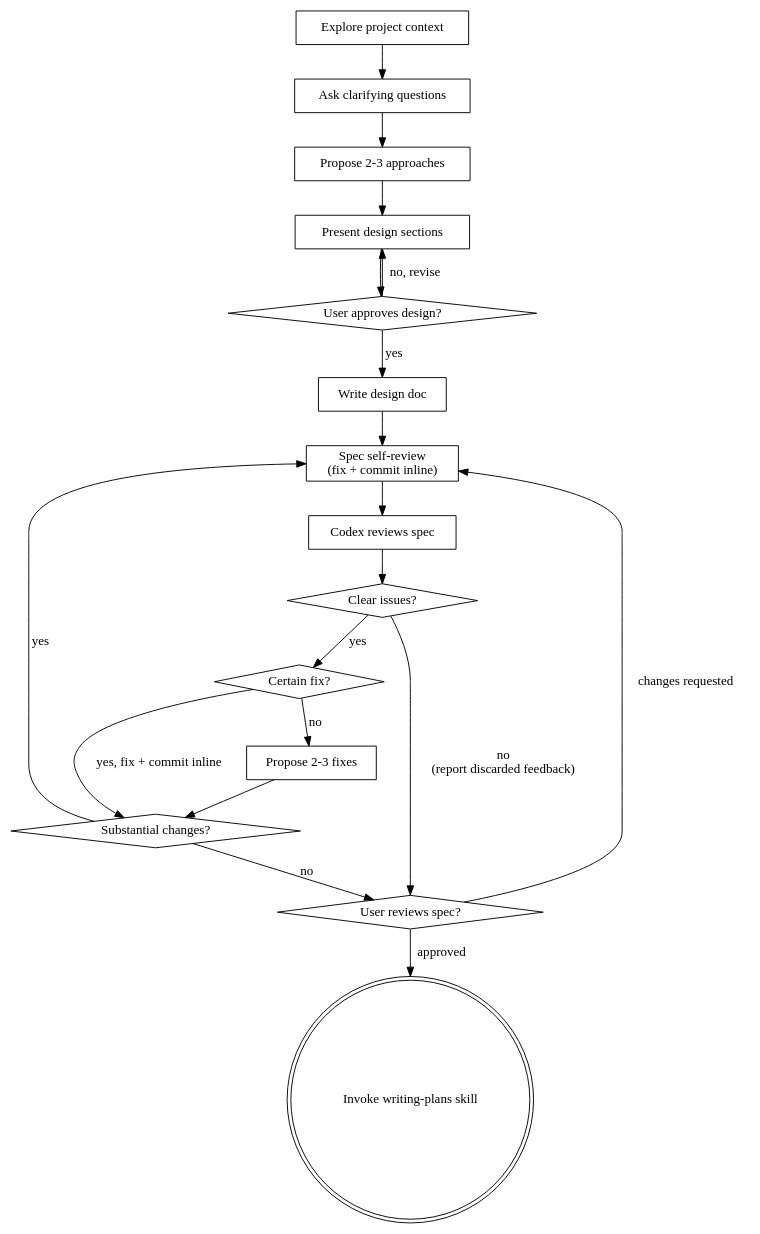
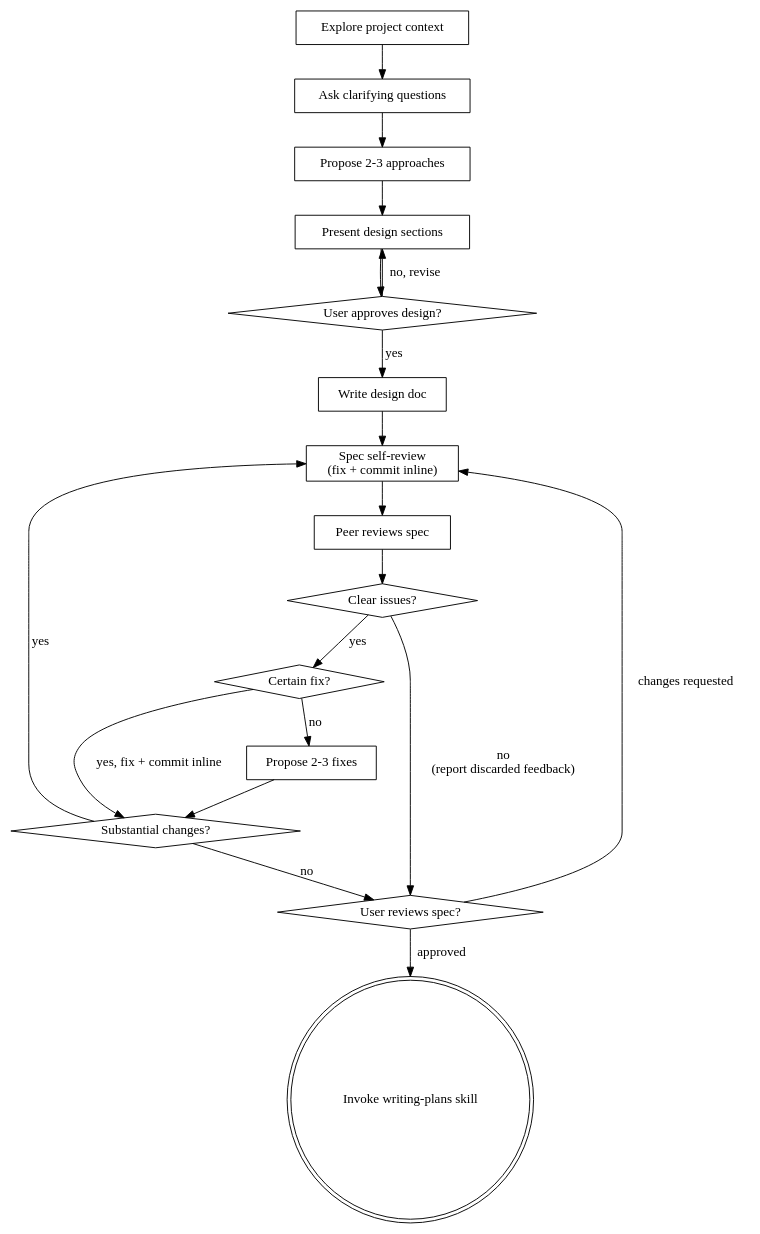
Before and after one commit to fschwiet/honist-v: the diagram in plugin/skills/brainstorming/SKILL.md, drawn with Graphviz. The commit also changed other lines of this file and 3 other files, not shown here.

````diff
--- a/plugin/skills/brainstorming/SKILL.md
+++ b/plugin/skills/brainstorming/SKILL.md
@@ -37,37 +37,37 @@
 ```dot
 digraph brainstorming {
     "Explore project context" [shape=box];
     "Ask clarifying questions" [shape=box];
     "Propose 2-3 approaches" [shape=box];
     "Present design sections" [shape=box];
     "User approves design?" [shape=diamond];
     "Write design doc" [shape=box];
     "Spec self-review\n(fix + commit inline)" [shape=box];
-    "Codex reviews spec" [shape=box];
+    "Peer reviews spec" [shape=box];
     "Clear issues?" [shape=diamond];
     "Certain fix?" [shape=diamond];
     "Propose 2-3 fixes" [shape=box];
     "Substantial changes?" [shape=diamond];
     "User reviews spec?" [shape=diamond];
     "Invoke writing-plans skill" [shape=doublecircle];
 
     "Explore project context" -> "Ask clarifying questions";
     "Ask clarifying questions" -> "Propose 2-3 approaches";
     "Propose 2-3 approaches" -> "Present design sections";
     "Present design sections" -> "User approves design?";
     "User approves design?" -> "Present design sections" [label="no, revise"];
     "User approves design?" -> "Write design doc" [label="yes"];
     "Write design doc" -> "Spec self-review\n(fix + commit inline)";
-    "Spec self-review\n(fix + commit inline)" -> "Codex reviews spec";
-    "Codex reviews spec" -> "Clear issues?";
+    "Spec self-review\n(fix + commit inline)" -> "Peer reviews spec";
+    "Peer reviews spec" -> "Clear issues?";
     "Clear issues?" -> "User reviews spec?" [label="no\n(report discarded feedback)"];
     "Clear issues?" -> "Certain fix?" [label="yes"];
     "Certain fix?" -> "Substantial changes?" [label="yes, fix + commit inline"];
     "Certain fix?" -> "Propose 2-3 fixes" [label="no"];
     "Propose 2-3 fixes" -> "Substantial changes?";
     "Substantial changes?" -> "Spec self-review\n(fix + commit inline)" [label="yes"];
     "Substantial changes?" -> "User reviews spec?" [label="no"];
     "User reviews spec?" -> "Spec self-review\n(fix + commit inline)" [label="changes requested"];
     "User reviews spec?" -> "Invoke writing-plans skill" [label="approved"];
 }
 ```
````
